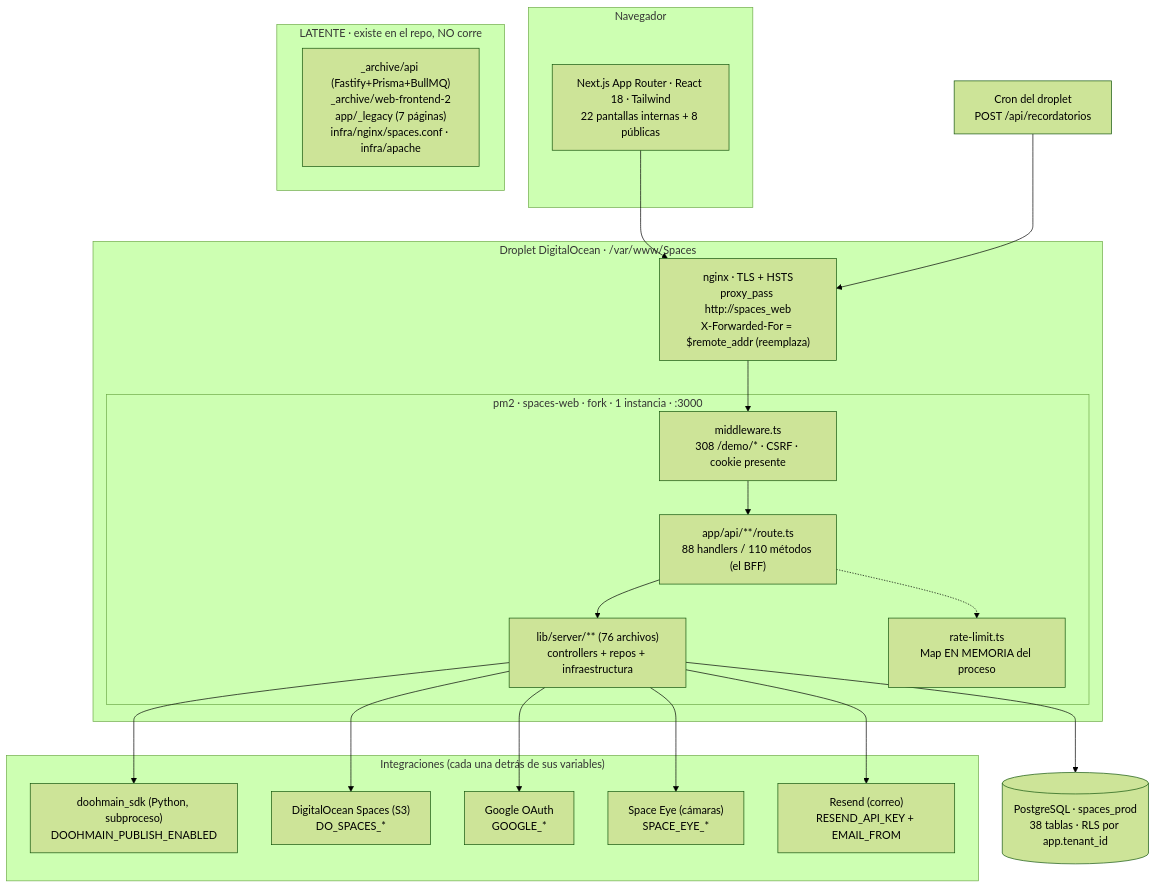
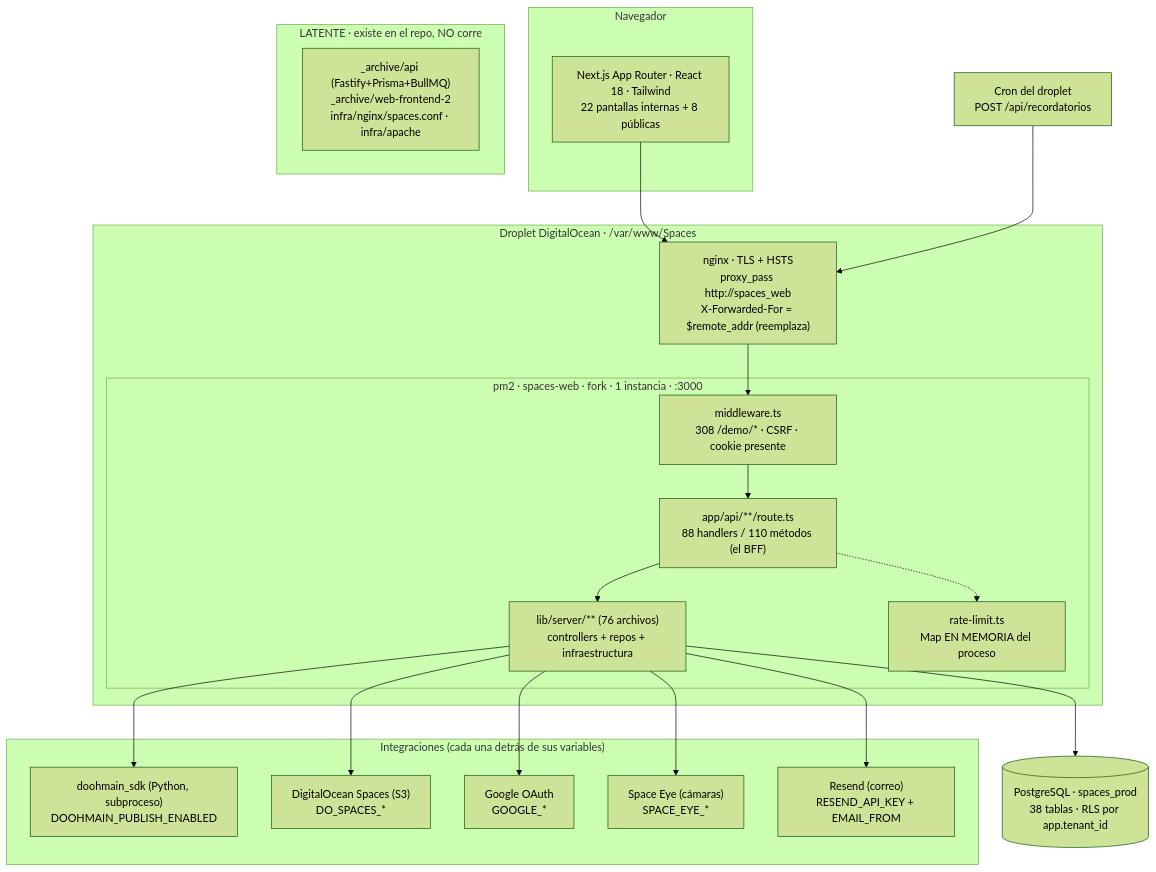
One commit to emiliano-cyber/spaces_dooh_new changed the first of 2 diagrams in vault/08-Manuales/manual-tecnico.md. Above: the diagram before and after it, drawn with Mermaid (forest theme). The commit also changed other lines of this file and 10 other files, not shown here.

````diff
--- a/vault/08-Manuales/manual-tecnico.md
+++ b/vault/08-Manuales/manual-tecnico.md
@@ -147,42 +148,42 @@
 ```mermaid
 flowchart TD
     subgraph cliente["Navegador"]
         UI["Next.js App Router · React 18 · Tailwind<br/>22 pantallas internas + 8 públicas"]
     end
 
     CRON["Cron del droplet<br/>POST /api/recordatorios"]
 
     subgraph droplet["Droplet DigitalOcean · /var/www/Spaces"]
         NGINX["nginx · TLS + HSTS<br/>proxy_pass http://spaces_web<br/>X-Forwarded-For = $remote_addr (reemplaza)"]
         subgraph pm2["pm2 · spaces-web · fork · 1 instancia · :3000"]
             MW["middleware.ts<br/>308 /demo/* · CSRF · cookie presente"]
             API["app/api/**/route.ts<br/>88 handlers / 110 métodos (el BFF)"]
             SRV["lib/server/** (76 archivos)<br/>controllers + repos + infraestructura"]
             RL["rate-limit.ts<br/>Map EN MEMORIA del proceso"]
         end
     end
 
     PG[("PostgreSQL · spaces_prod<br/>38 tablas · RLS por app.tenant_id")]
 
     subgraph ext["Integraciones (cada una detrás de sus variables)"]
         DOOH["doohmain_sdk (Python, subproceso)<br/>DOOHMAIN_PUBLISH_ENABLED"]
         S3["DigitalOcean Spaces (S3)<br/>DO_SPACES_*"]
         GOOG["Google OAuth<br/>GOOGLE_*"]
         EYE["Space Eye (cámaras)<br/>SPACE_EYE_*"]
         MAIL["Resend (correo)<br/>RESEND_API_KEY + EMAIL_FROM"]
     end
 
     subgraph latente["LATENTE · existe en el repo, NO corre"]
-        ARCH["_archive/api (Fastify+Prisma+BullMQ)<br/>_archive/web-frontend-2<br/>app/_legacy (7 páginas)<br/>infra/nginx/spaces.conf · infra/apache"]
+        ARCH["_archive/api (Fastify+Prisma+BullMQ)<br/>_archive/web-frontend-2<br/>infra/nginx/spaces.conf · infra/apache"]
     end
 
     UI --> NGINX
     CRON --> NGINX
     NGINX --> MW --> API --> SRV --> PG
     API -.-> RL
     SRV --> DOOH
     SRV --> S3
     SRV --> GOOG
     SRV --> EYE
     SRV --> MAIL
 ```
````
